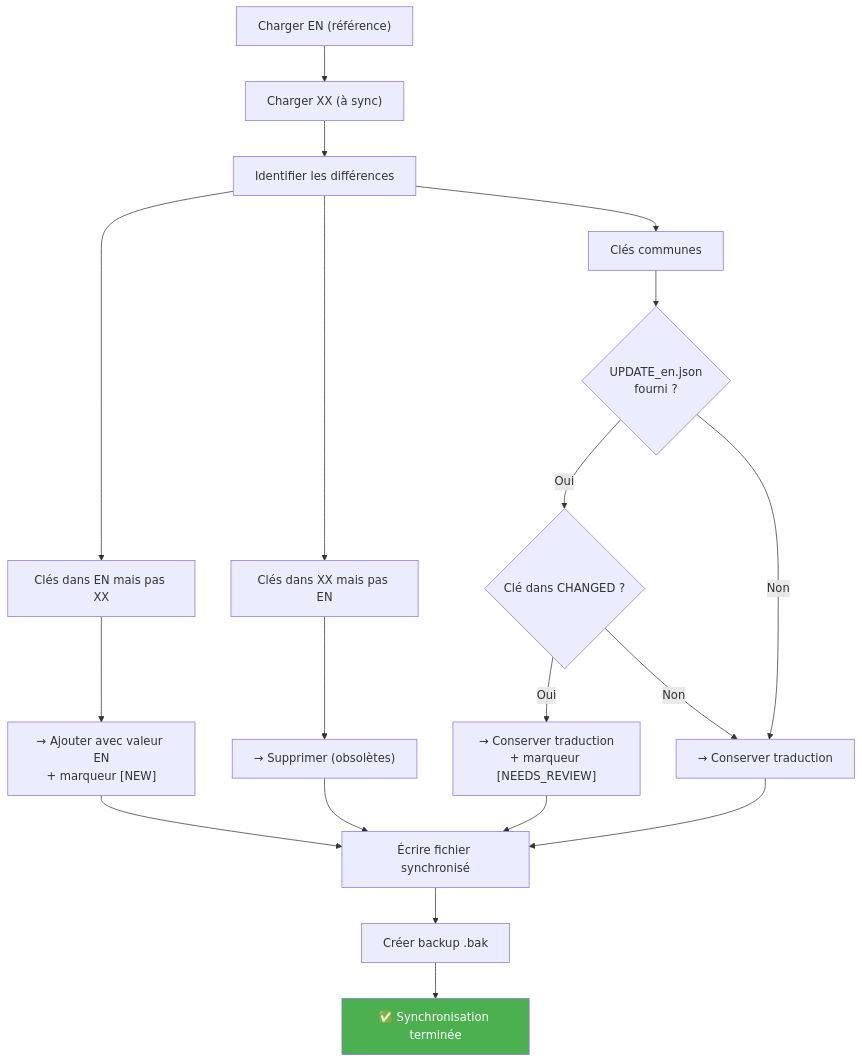
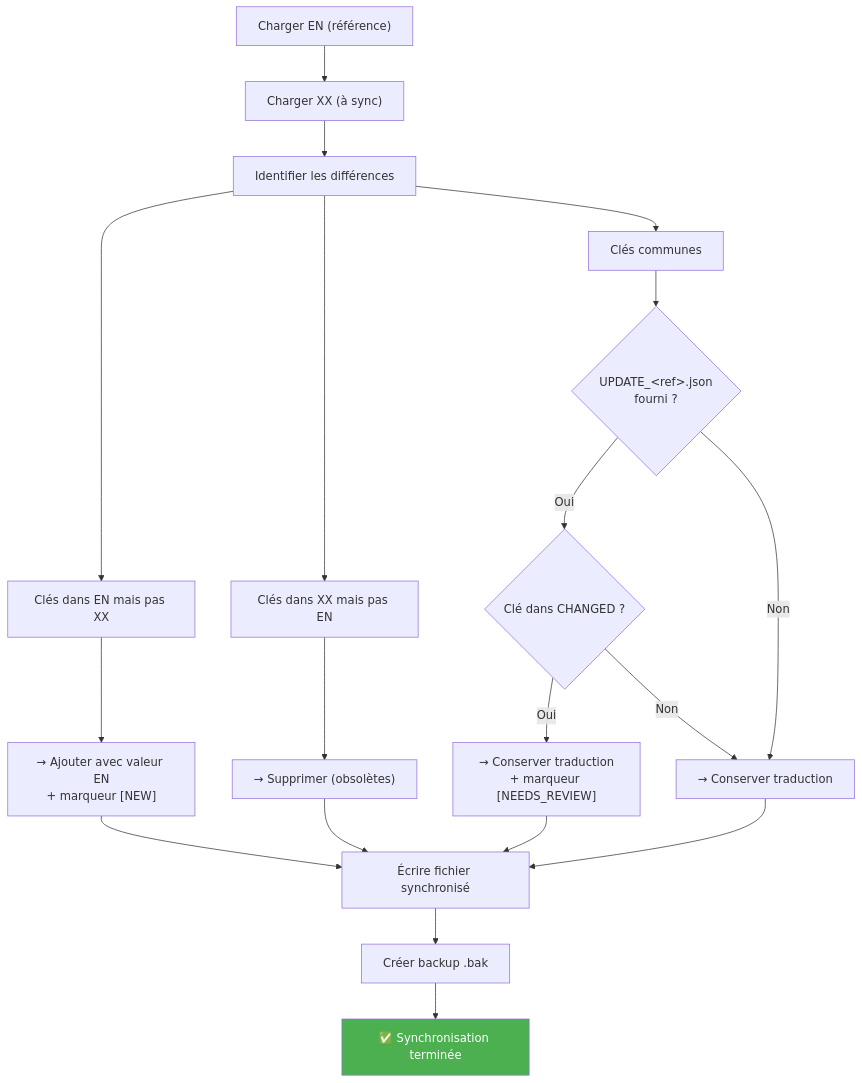
One commit to Gotcha26/Adobe_Lightroom_Translation_Plugins_Kit changed the second of 2 diagrams in tools/translator/__doc__/fr/commandes/SYNC.md. Above: the diagram before and after it, drawn with Mermaid. The commit also changed other lines of this file and 28 other files, not shown here.

````diff
--- a/tools/translator/__doc__/fr/commandes/SYNC.md
+++ b/tools/translator/__doc__/fr/commandes/SYNC.md
@@ -54,26 +54,26 @@
 ```mermaid
 flowchart TD
     A["Charger EN (référence)"] --> B["Charger XX (à sync)"]
     B --> C["Identifier les différences"]
 
     C --> D["Clés dans EN mais pas XX"]
     D --> E["→ Ajouter avec valeur EN<br/>+ marqueur [NEW]"]
 
     C --> F["Clés dans XX mais pas EN"]
     F --> G["→ Supprimer (obsolètes)"]
 
     C --> H["Clés communes"]
-    H --> I{"UPDATE_en.json<br/>fourni ?"}
+    H --> I{"UPDATE_&lt;ref&gt;.json<br/>fourni ?"}
 
     I -->|Oui| J{"Clé dans CHANGED ?"}
     J -->|Oui| K["→ Conserver traduction<br/>+ marqueur [NEEDS_REVIEW]"]
     J -->|Non| L["→ Conserver traduction"]
 
     I -->|Non| L
 
     E & G & K & L --> M["Écrire fichier synchronisé"]
     M --> N["Créer backup .bak"]
     N --> O["✅ Synchronisation terminée"]
 
     style O fill:#4CAF50,color:#fff
 ```
````
